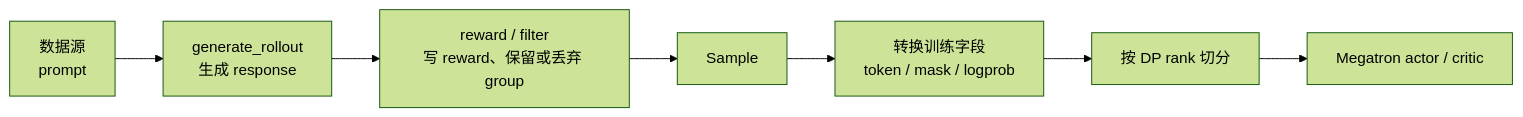
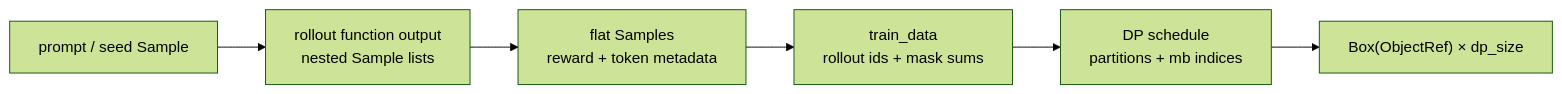
Before and after one commit to OnlyHero5/sglang-reading-vault: the second of 3 diagrams in slime_reading/导读与总览/Slime-业务流程.md, drawn with Mermaid (forest theme). The commit also changed other lines of this file and 512 other files, not shown here.

````diff
--- a/slime_reading/导读与总览/Slime-业务流程.md
+++ b/slime_reading/导读与总览/Slime-业务流程.md
@@ -152,9 +98,11 @@
 ```mermaid
 flowchart LR
-    D["数据源<br/>prompt"] --> G["generate_rollout<br/>生成 response"]
-    G --> R["reward / filter<br/>写 reward、保留或丢弃 group"]
-    R --> S["Sample"]
-    S --> C["转换训练字段<br/>token / mask / logprob"]
-    C --> DP["按 DP rank 切分"]
-    DP --> M["Megatron actor / critic"]
+    P["prompt / seed Sample"]
+    G["rollout function output<br/>nested Sample lists"]
+    S["flat Samples<br/>reward + token metadata"]
+    T["train_data<br/>rollout ids + mask sums"]
+    Q["DP schedule<br/>partitions + mb indices"]
+    R["Box(ObjectRef) × dp_size"]
+
+    P --> G --> S --> T --> Q --> R
 ```
````
